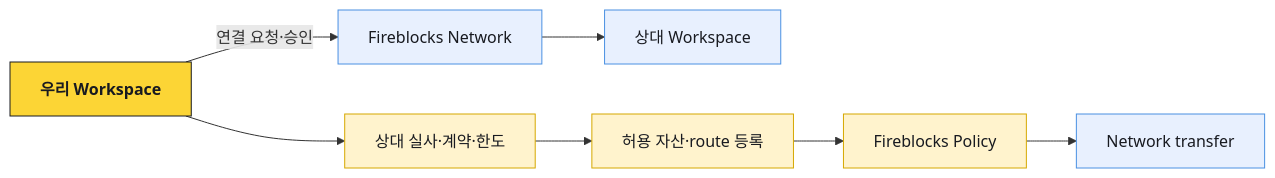
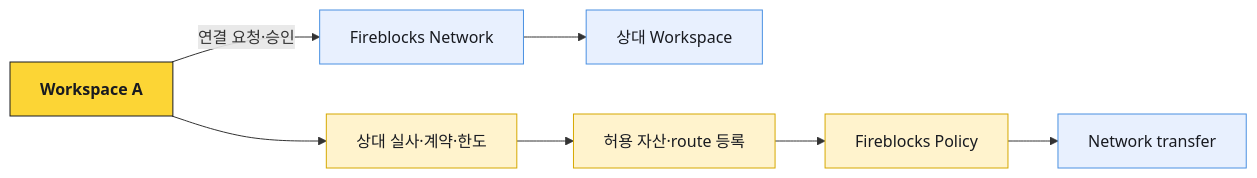
The diagram in blockchain-manager/docs/디지털 자산/Fireblocks/05-integrations-and-boundaries.md (eunsujeo/eunpus), drawn with Mermaid before and after one commit. The commit also changed other lines of this file and 34 other files, not shown here.

````diff
--- a/blockchain-manager/docs/디지털 자산/Fireblocks/05-integrations-and-boundaries.md
+++ b/blockchain-manager/docs/디지털 자산/Fireblocks/05-integrations-and-boundaries.md
@@ -17,16 +17,16 @@
 ```mermaid
 flowchart LR
-    OUR[우리 Workspace] -->|연결 요청·승인| NETWORK[Fireblocks Network]
+    OUR[Workspace A] -->|연결 요청·승인| NETWORK[Fireblocks Network]
     NETWORK --> PEER[상대 Workspace]
     OUR --> DUE[상대 실사·계약·한도]
     DUE --> ROUTE[허용 자산·route 등록]
     ROUTE --> POLICY[Fireblocks Policy]
     POLICY --> TRANSFER[Network transfer]
 
     classDef ours fill:#fcd535,stroke:#181a20,color:#181a20,font-weight:bold
     classDef control fill:#fff3cd,stroke:#d6a800,color:#181a20
     classDef vendor fill:#e8f0fe,stroke:#4a90e2,color:#181a20
     class OUR ours
     class DUE,ROUTE,POLICY control
     class NETWORK,PEER,TRANSFER vendor
 ```
````
